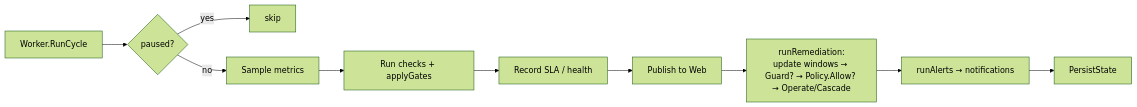
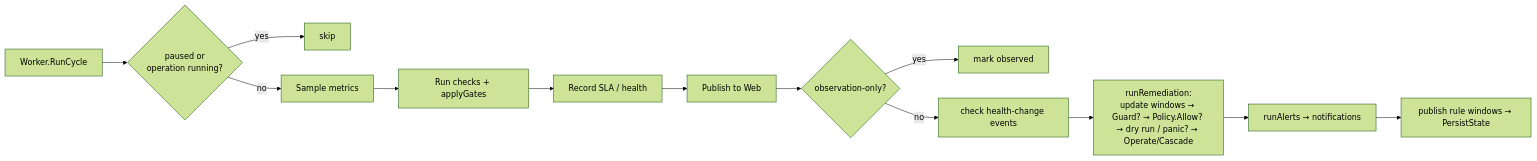
One commit to inode64/Sermo changed the sixth of 6 diagrams in docs/architecture.md. Above: the diagram before and after it, drawn with Mermaid (forest theme). The commit also changed other lines of this file and 25 other files, not shown here.

````diff
--- a/docs/architecture.md
+++ b/docs/architecture.md
@@ -270,12 +286,15 @@
 ```mermaid
 flowchart LR
-  RC["Worker.RunCycle"] --> P{"paused?"}
+  RC["Worker.RunCycle"] --> P{"paused or<br/>operation running?"}
   P -- "yes" --> SKIP["skip"]
   P -- "no" --> SAMP["Sample metrics"]
   SAMP --> RUN["Run checks + applyGates"]
   RUN --> SLA["Record SLA / health"]
   SLA --> PUB["Publish to Web"]
-  PUB --> REM["runRemediation:<br/>update windows → Guard? → Policy.Allow? → Operate/Cascade"]
+  PUB --> OBS{"observation-only?"}
+  OBS -- "yes" --> DONE["mark observed"]
+  OBS -- "no" --> HC["check health-change events"]
+  HC --> REM["runRemediation:<br/>update windows → Guard? → Policy.Allow? → dry run / panic? → Operate/Cascade"]
   REM --> AL["runAlerts → notifications"]
-  AL --> PS["PersistState"]
+  AL --> PS["publish rule windows → PersistState"]
 ```
````
